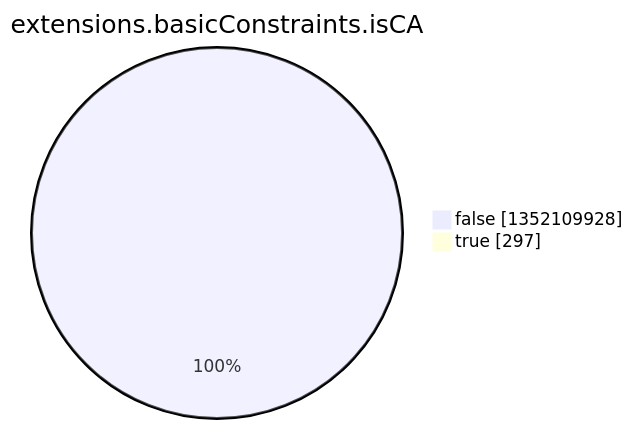
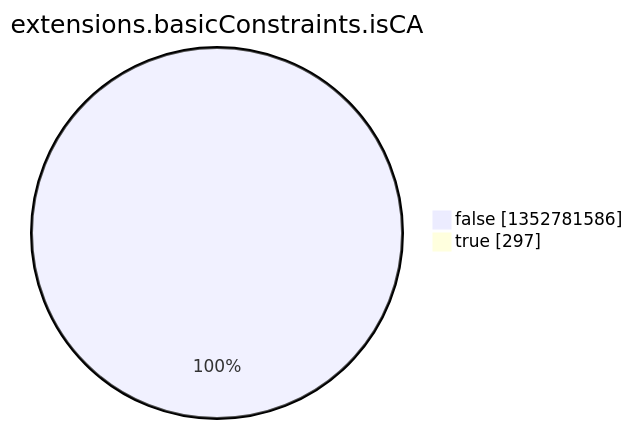
The eighth of 15 diagrams in argon2022/README.md (christiankrug/ctmonitor_visualization), drawn with Mermaid before and after one commit. The commit also changed other lines of this file, not shown here.

````diff
--- a/argon2022/README.md
+++ b/argon2022/README.md
@@ -2758,6 +2758,6 @@
 ```mermaid
 pie showData
 title extensions.basicConstraints.isCA
-"false" :1352109928
+"false" :1352781586
 "true" :297
 ```
````
